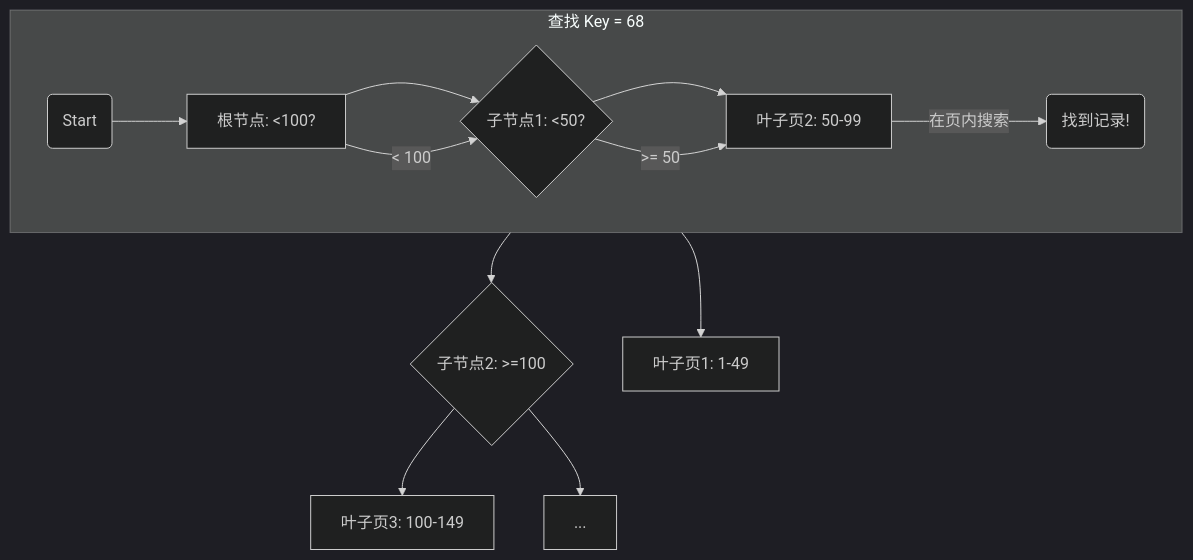
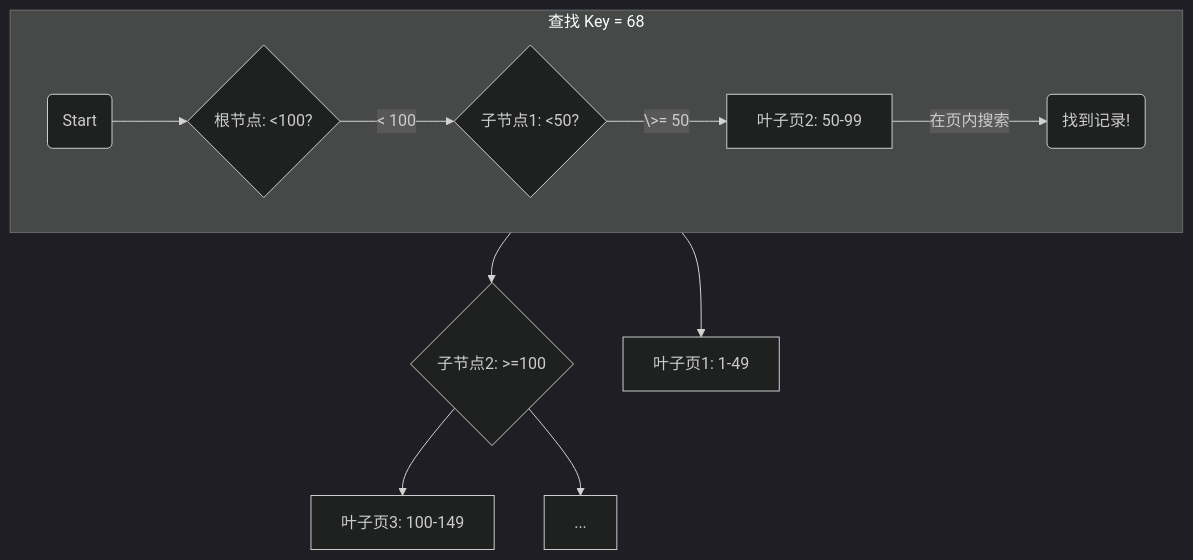
Before and after one commit to digoal/blog: the first of 9 diagrams in 202506/20250629_03.md, drawn with Mermaid (dark theme).

````diff
--- a/202506/20250629_03.md
+++ b/202506/20250629_03.md
@@ -53,17 +53,17 @@
 ```mermaid
 graph TD
-    A[根节点: <100?] --> B{子节点1: <50?};
+    A{根节点: <100?};
     A --> C{子节点2: >=100};
-    B --> D[叶子页1: 1-49];
-    B --> E[叶子页2: 50-99];
+    B{子节点1: <50?} --> D[叶子页1: 1-49];
+    E[叶子页2: 50-99];
     C --> F[叶子页3: 100-149];
     C --> G[...];
 
     subgraph "查找 Key = 68"
         direction LR
         S(Start) --> A;
         A --"< 100"--> B;
-        B --">= 50"--> E;
+        B --"\>= 50"--> E;
         E --"在页内搜索"--> R(找到记录!);
     end
 ```
````
